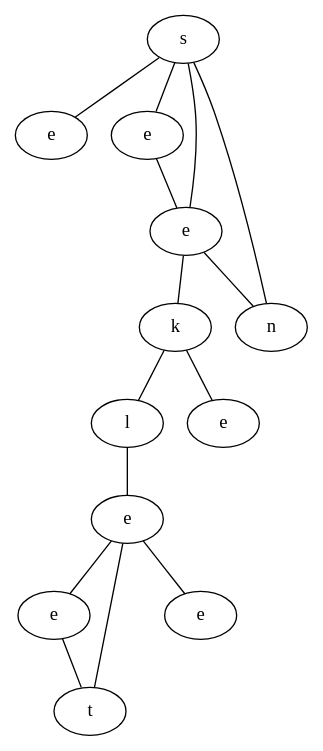
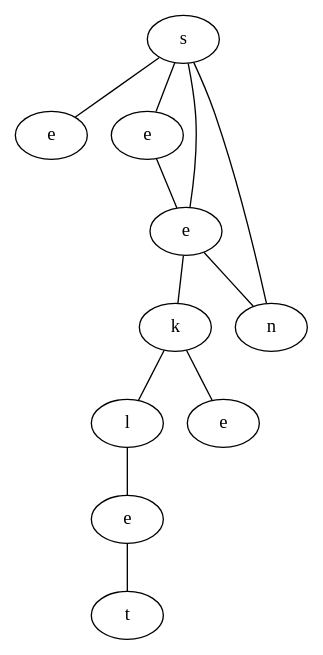
The diagram in data/VGLC/graph.dot (schrum2/MM-NEAT), drawn with Graphviz before and after one commit. The commit also changed 1 other file, not shown here.

```diff
--- a/data/VGLC/graph.dot
+++ b/data/VGLC/graph.dot
@@ -1,28 +1,23 @@
 graph {
-AERP[label="s"]
-NHEh[label="e"]
-rgEs[label="e"]
-jPZf[label="e"]
-bIgR[label="n"]
-EArp[label="k"]
-iQcP[label="l"]
-PfWE[label="e"]
-QHWy[label="e"]
-QzNZ[label="e"]
-ohAB[label="t"]
-siNd[label="e"]
-AERP -- NHEh
-AERP -- rgEs
-AERP -- jPZf
-AERP -- bIgR
-rgEs -- jPZf
-jPZf -- EArp
-jPZf -- bIgR
-EArp -- iQcP
-EArp -- PfWE
-iQcP -- QHWy
-QHWy -- QzNZ
-QHWy -- ohAB
-QHWy -- siNd
-QzNZ -- ohAB
+uwiU[label="s"]
+DsNs[label="e"]
+FHgZ[label="e"]
+fCNb[label="e"]
+gcOM[label="n"]
+snhR[label="k"]
+YMFu[label="l"]
+dgKt[label="e"]
+yXbr[label="e"]
+LKSJ[label="t"]
+uwiU -- DsNs
+uwiU -- FHgZ
+uwiU -- fCNb
+uwiU -- gcOM
+FHgZ -- fCNb
+fCNb -- snhR
+fCNb -- gcOM
+snhR -- YMFu
+snhR -- dgKt
+YMFu -- yXbr
+yXbr -- LKSJ
 }
```
